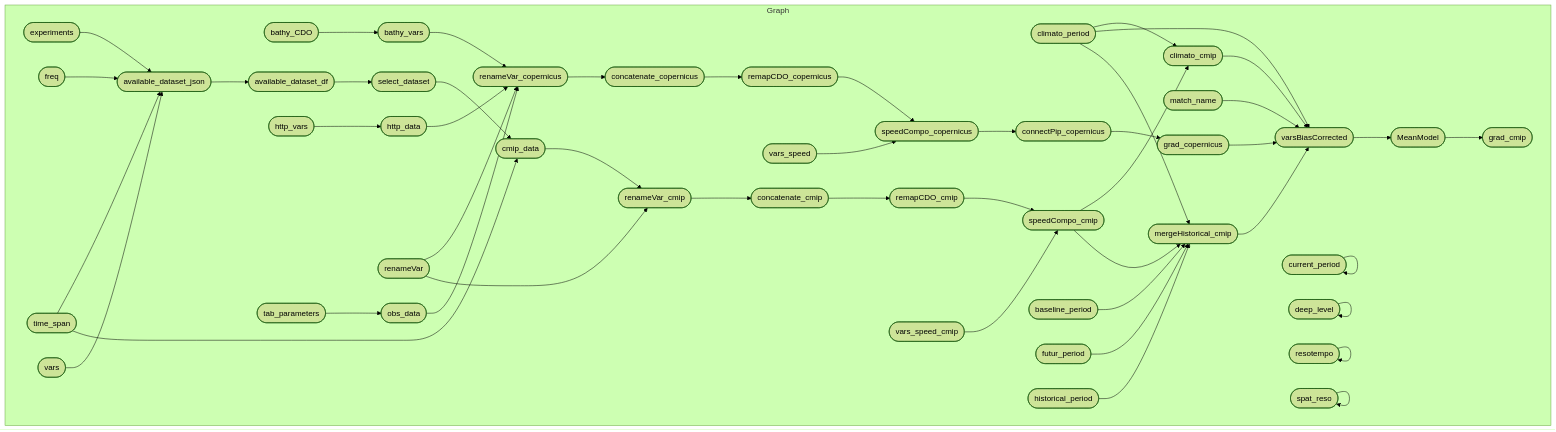
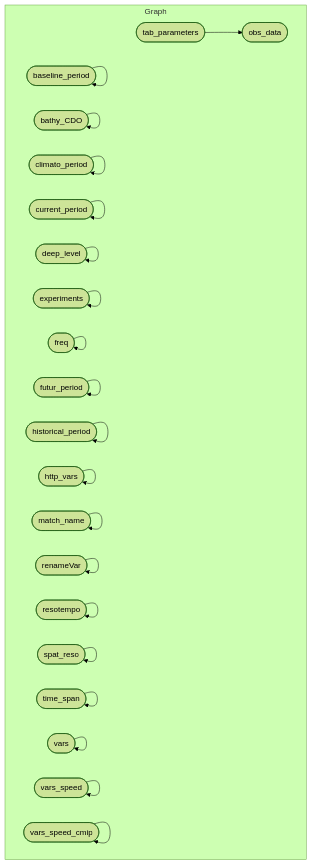
One commit to r-fernandezz/downshape changed the diagram in README.md. Above: the diagram before and after it, drawn with Mermaid (forest theme). The commit also changed other lines of this file and 1 other file, not shown here.

Commit message:
📝 DOC: update documentation

````diff
--- a/README.md
+++ b/README.md
@@ -25,51 +37,25 @@
 ``` mermaid
 graph LR
   subgraph Graph
     direction LR
-    x0754d07deb71dd34(["MeanModel"]):::outdated --> x4c3d86d2401270ef(["grad_cmip"]):::outdated
-    xec6283d15a25ed08(["remapCDO_copernicus"]):::outdated --> xfc6ed28680e5db72(["speedCompo_copernicus"]):::outdated
-    xca459201a27e8460(["vars_speed"]):::uptodate --> xfc6ed28680e5db72(["speedCompo_copernicus"]):::outdated
-    x0262297569c18022(["renameVar_cmip"]):::outdated --> x4fe875b2492d0106(["concatenate_cmip"]):::outdated
-    x4fe875b2492d0106(["concatenate_cmip"]):::outdated --> xf4b49e2ba07661b1(["remapCDO_cmip"]):::outdated
-    xb5817e1daca13dcc(["bathy_vars"]):::outdated --> xe44467b2b079fc18(["renameVar_copernicus"]):::outdated
-    x35b468daf9281b76(["http_data"]):::outdated --> xe44467b2b079fc18(["renameVar_copernicus"]):::outdated
-    xd7bca5ba4e5f539d(["obs_data"]):::outdated --> xe44467b2b079fc18(["renameVar_copernicus"]):::outdated
-    xd15c82dcb79a7c2e(["renameVar"]):::uptodate --> xe44467b2b079fc18(["renameVar_copernicus"]):::outdated
-    xbbe4eafa679df977(["climato_period"]):::uptodate --> x0c817e56268c947c(["climato_cmip"]):::outdated
-    xe5de19f3be59da20(["speedCompo_cmip"]):::outdated --> x0c817e56268c947c(["climato_cmip"]):::outdated
-    xd2707862cf793d3a(["connectPip_copernicus"]):::outdated --> x37179b61a203cbd3(["grad_copernicus"]):::outdated
-    xf5c6fd225c377a3d(["bathy_CDO"]):::uptodate --> xb5817e1daca13dcc(["bathy_vars"]):::outdated
-    x6fcf9b0e7fc429ff(["available_dataset_json"]):::outdated --> xe895740a9b7896f7(["available_dataset_df"]):::outdated
-    x178958aede3793d9(["varsBiasCorrected"]):::outdated --> x0754d07deb71dd34(["MeanModel"]):::outdated
-    x0c817e56268c947c(["climato_cmip"]):::outdated --> x178958aede3793d9(["varsBiasCorrected"]):::outdated
-    xbbe4eafa679df977(["climato_period"]):::uptodate --> x178958aede3793d9(["varsBiasCorrected"]):::outdated
-    x37179b61a203cbd3(["grad_copernicus"]):::outdated --> x178958aede3793d9(["varsBiasCorrected"]):::outdated
-    xab1c13260db879af(["match_name"]):::uptodate --> x178958aede3793d9(["varsBiasCorrected"]):::outdated
-    xf21dac5ab86940da(["mergeHistorical_cmip"]):::outdated --> x178958aede3793d9(["varsBiasCorrected"]):::outdated
-    xfc6ed28680e5db72(["speedCompo_copernicus"]):::outdated --> xd2707862cf793d3a(["connectPip_copernicus"]):::outdated
-    x71e926299248ce3f(["http_vars"]):::uptodate --> x35b468daf9281b76(["http_data"]):::outdated
-    xac02e5e58926353b(["experiments"]):::uptodate --> x6fcf9b0e7fc429ff(["available_dataset_json"]):::outdated
-    x906e78a8df9f52cb(["freq"]):::uptodate --> x6fcf9b0e7fc429ff(["available_dataset_json"]):::outdated
-    x2c0118dd07b06ac8(["time_span"]):::uptodate --> x6fcf9b0e7fc429ff(["available_dataset_json"]):::outdated
-    x8f15ec77b8dbd81a(["vars"]):::uptodate --> x6fcf9b0e7fc429ff(["available_dataset_json"]):::outdated
-    xe895740a9b7896f7(["available_dataset_df"]):::outdated --> x3f5ab24ee8d242b4(["select_dataset"]):::outdated
-    x3f5ab24ee8d242b4(["select_dataset"]):::outdated --> xd8e5f2013a341013(["cmip_data"]):::outdated
-    x2c0118dd07b06ac8(["time_span"]):::uptodate --> xd8e5f2013a341013(["cmip_data"]):::outdated
-    x21b09bf88a2ff147(["baseline_period"]):::uptodate --> xf21dac5ab86940da(["mergeHistorical_cmip"]):::outdated
-    xbbe4eafa679df977(["climato_period"]):::uptodate --> xf21dac5ab86940da(["mergeHistorical_cmip"]):::outdated
-    xbce5cad1cf7e7103(["futur_period"]):::uptodate --> xf21dac5ab86940da(["mergeHistorical_cmip"]):::outdated
-    x57dd1d5e854c11b6(["historical_period"]):::uptodate --> xf21dac5ab86940da(["mergeHistorical_cmip"]):::outdated
-    xe5de19f3be59da20(["speedCompo_cmip"]):::outdated --> xf21dac5ab86940da(["mergeHistorical_cmip"]):::outdated
-    xf4b49e2ba07661b1(["remapCDO_cmip"]):::outdated --> xe5de19f3be59da20(["speedCompo_cmip"]):::outdated
-    x7a197bdf5f12681a(["vars_speed_cmip"]):::uptodate --> xe5de19f3be59da20(["speedCompo_cmip"]):::outdated
-    x9289bfb53112cf3b(["concatenate_copernicus"]):::outdated --> xec6283d15a25ed08(["remapCDO_copernicus"]):::outdated
-    xe44467b2b079fc18(["renameVar_copernicus"]):::outdated --> x9289bfb53112cf3b(["concatenate_copernicus"]):::outdated
-    xd8e5f2013a341013(["cmip_data"]):::outdated --> x0262297569c18022(["renameVar_cmip"]):::outdated
-    xd15c82dcb79a7c2e(["renameVar"]):::uptodate --> x0262297569c18022(["renameVar_cmip"]):::outdated
-    x4301c707c2ab0cdc(["tab_parameters"]):::outdated --> xd7bca5ba4e5f539d(["obs_data"]):::outdated
+    x4301c707c2ab0cdc(["tab_parameters"]):::uptodate --> xd7bca5ba4e5f539d(["obs_data"]):::started
+    x21b09bf88a2ff147(["baseline_period"]):::uptodate --> x21b09bf88a2ff147(["baseline_period"]):::uptodate
+    xf5c6fd225c377a3d(["bathy_CDO"]):::uptodate --> xf5c6fd225c377a3d(["bathy_CDO"]):::uptodate
+    xbbe4eafa679df977(["climato_period"]):::uptodate --> xbbe4eafa679df977(["climato_period"]):::uptodate
     x084994fb0e480676(["current_period"]):::uptodate --> x084994fb0e480676(["current_period"]):::uptodate
     x625f066a5f205ec8(["deep_level"]):::uptodate --> x625f066a5f205ec8(["deep_level"]):::uptodate
+    xac02e5e58926353b(["experiments"]):::uptodate --> xac02e5e58926353b(["experiments"]):::uptodate
+    x906e78a8df9f52cb(["freq"]):::uptodate --> x906e78a8df9f52cb(["freq"]):::uptodate
+    xbce5cad1cf7e7103(["futur_period"]):::uptodate --> xbce5cad1cf7e7103(["futur_period"]):::uptodate
+    x57dd1d5e854c11b6(["historical_period"]):::uptodate --> x57dd1d5e854c11b6(["historical_period"]):::uptodate
+    x71e926299248ce3f(["http_vars"]):::uptodate --> x71e926299248ce3f(["http_vars"]):::uptodate
+    xab1c13260db879af(["match_name"]):::uptodate --> xab1c13260db879af(["match_name"]):::uptodate
+    xd15c82dcb79a7c2e(["renameVar"]):::uptodate --> xd15c82dcb79a7c2e(["renameVar"]):::uptodate
     x55a14a7f5821bbec(["resotempo"]):::uptodate --> x55a14a7f5821bbec(["resotempo"]):::uptodate
     xe73cbbcc20086ecd(["spat_reso"]):::uptodate --> xe73cbbcc20086ecd(["spat_reso"]):::uptodate
+    x2c0118dd07b06ac8(["time_span"]):::uptodate --> x2c0118dd07b06ac8(["time_span"]):::uptodate
+    x8f15ec77b8dbd81a(["vars"]):::uptodate --> x8f15ec77b8dbd81a(["vars"]):::uptodate
+    xca459201a27e8460(["vars_speed"]):::uptodate --> xca459201a27e8460(["vars_speed"]):::uptodate
+    x7a197bdf5f12681a(["vars_speed_cmip"]):::uptodate --> x7a197bdf5f12681a(["vars_speed_cmip"]):::uptodate
   end
 ```
````
